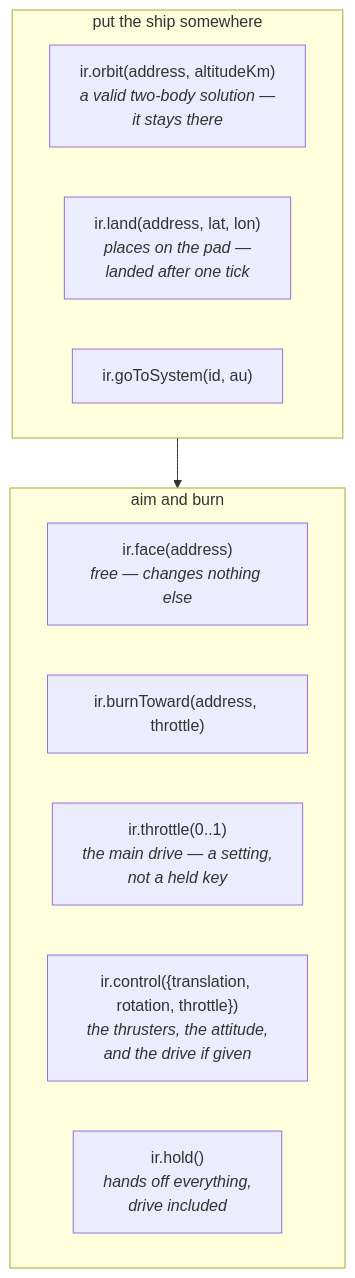
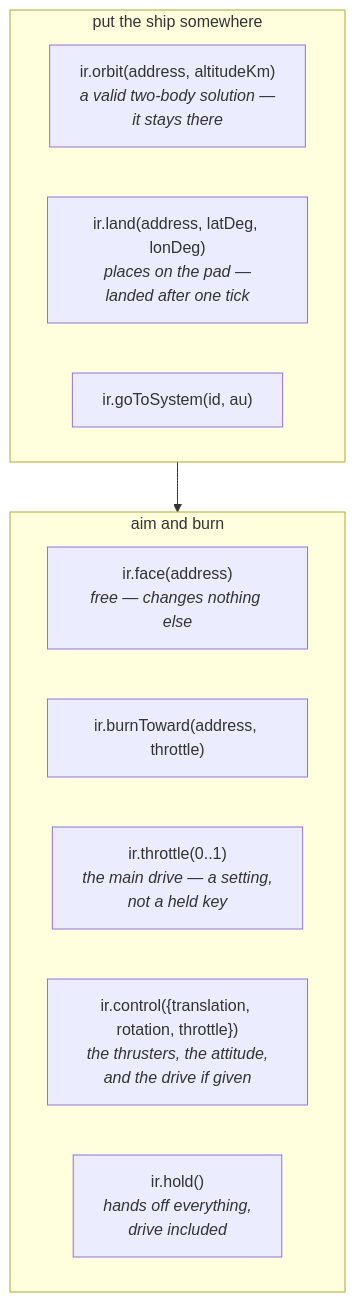
One commit to jonjaques/inertialref changed the second of 3 diagrams in docs/guides/harness.md. Above: the diagram before and after it, drawn with Mermaid. The commit also changed other lines of this file and 24 other files, not shown here.

````diff
--- a/docs/guides/harness.md
+++ b/docs/guides/harness.md
@@ -279,16 +279,16 @@
 ```mermaid
 flowchart TB
     subgraph POS["put the ship somewhere"]
         O["ir.orbit(address, altitudeKm)<br/><i>a valid two-body solution —<br/>it stays there</i>"]
-        L["ir.land(address, lat, lon)<br/><i>places on the pad —<br/>landed after one tick</i>"]
+        L["ir.land(address, latDeg, lonDeg)<br/><i>places on the pad —<br/>landed after one tick</i>"]
         G["ir.goToSystem(id, au)"]
     end
     subgraph AIM["aim and burn"]
         F["ir.face(address)<br/><i>free — changes nothing else</i>"]
         BT["ir.burnToward(address, throttle)"]
         T["ir.throttle(0..1)<br/><i>the main drive — a setting,<br/>not a held key</i>"]
         C["ir.control({translation, rotation, throttle})<br/><i>the thrusters, the attitude,<br/>and the drive if given</i>"]
         HOLD["ir.hold()<br/><i>hands off everything,<br/>drive included</i>"]
     end
     POS --> AIM
 ```
````
